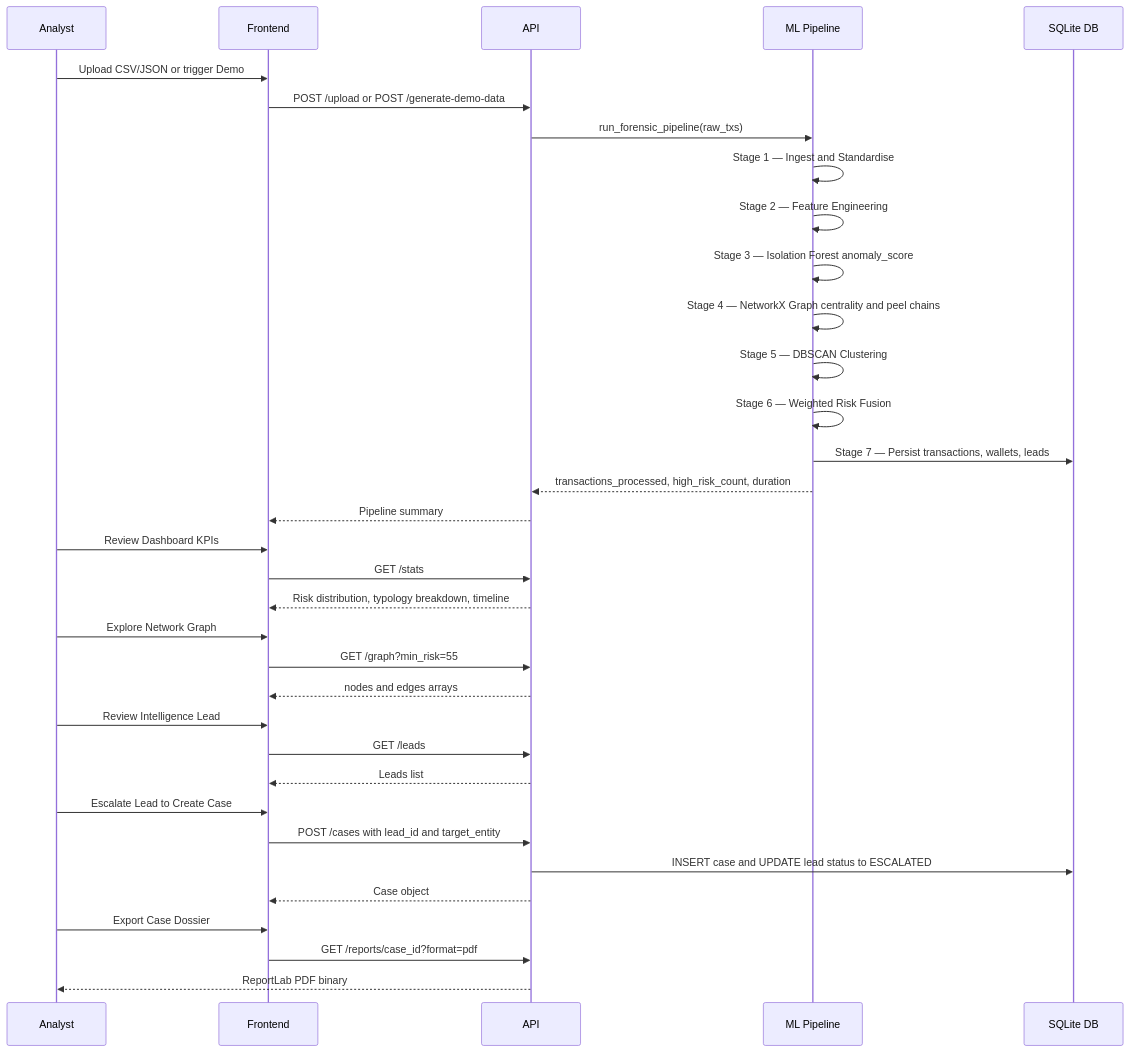
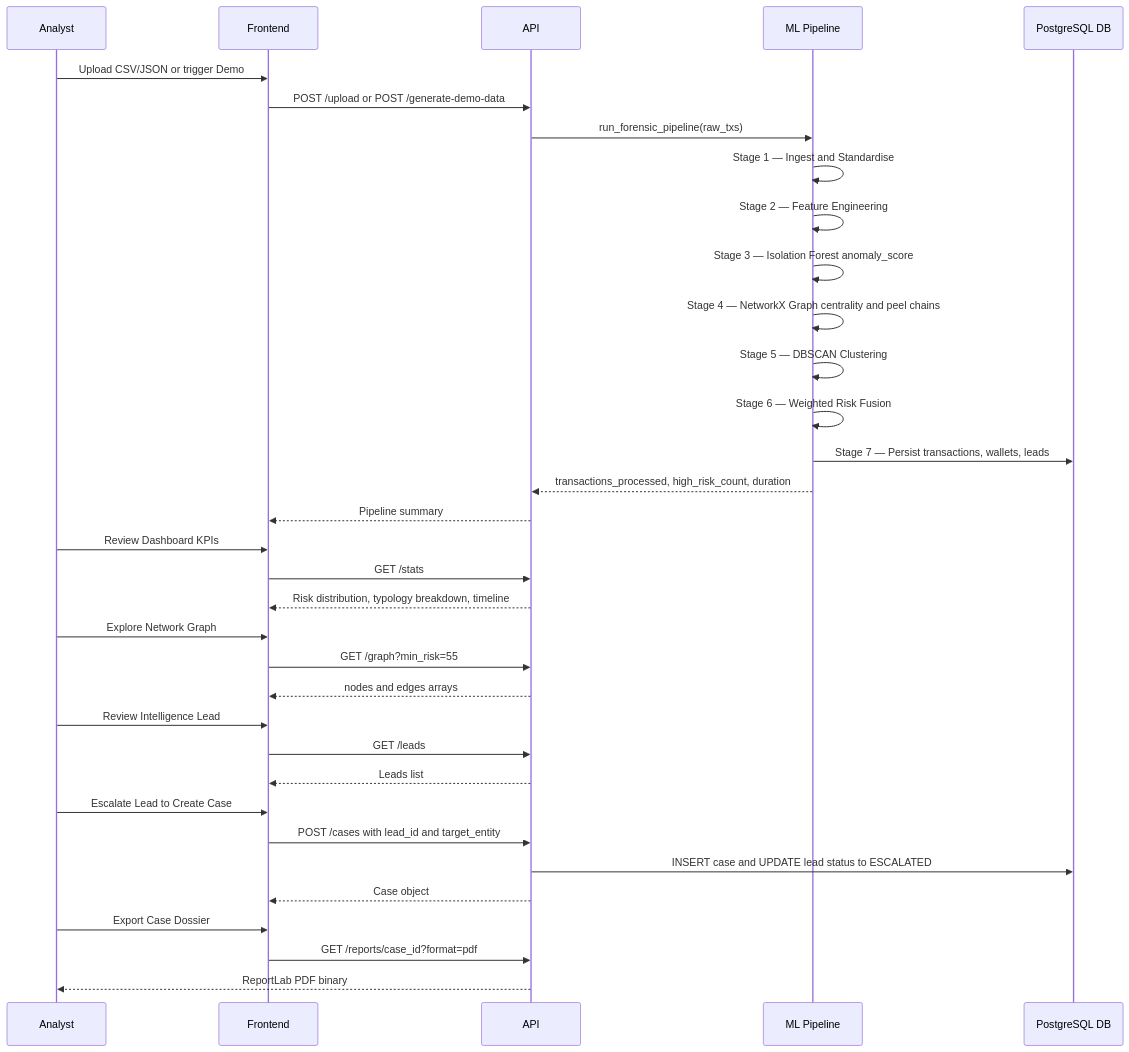
Before and after one commit to bbhavya34/SIH-26146-BitTace: the eighth of 8 diagrams in README.md, drawn with Mermaid. The commit also changed other lines of this file and 7 other files, not shown here.

Commit message:
Migrate persistence to PostgreSQL

````diff
--- a/README.md
+++ b/README.md
@@ -362,43 +362,43 @@
 ```mermaid
 sequenceDiagram
     participant Analyst
     participant Frontend
     participant API
     participant ML as ML Pipeline
-    participant DB as SQLite DB
+    participant DB as PostgreSQL DB
 
     Analyst->>Frontend: Upload CSV/JSON or trigger Demo
     Frontend->>API: POST /upload or POST /generate-demo-data
     API->>ML: run_forensic_pipeline(raw_txs)
 
     ML->>ML: Stage 1 — Ingest and Standardise
     ML->>ML: Stage 2 — Feature Engineering
     ML->>ML: Stage 3 — Isolation Forest anomaly_score
     ML->>ML: Stage 4 — NetworkX Graph centrality and peel chains
     ML->>ML: Stage 5 — DBSCAN Clustering
     ML->>ML: Stage 6 — Weighted Risk Fusion
     ML->>DB: Stage 7 — Persist transactions, wallets, leads
     ML-->>API: transactions_processed, high_risk_count, duration
     API-->>Frontend: Pipeline summary
 
     Analyst->>Frontend: Review Dashboard KPIs
     Frontend->>API: GET /stats
     API-->>Frontend: Risk distribution, typology breakdown, timeline
 
     Analyst->>Frontend: Explore Network Graph
     Frontend->>API: GET /graph?min_risk=55
     API-->>Frontend: nodes and edges arrays
 
     Analyst->>Frontend: Review Intelligence Lead
     Frontend->>API: GET /leads
     API-->>Frontend: Leads list
 
     Analyst->>Frontend: Escalate Lead to Create Case
     Frontend->>API: POST /cases with lead_id and target_entity
     API->>DB: INSERT case and UPDATE lead status to ESCALATED
     API-->>Frontend: Case object
 
     Analyst->>Frontend: Export Case Dossier
     Frontend->>API: GET /reports/case_id?format=pdf
     API-->>Analyst: ReportLab PDF binary
 ```
````
